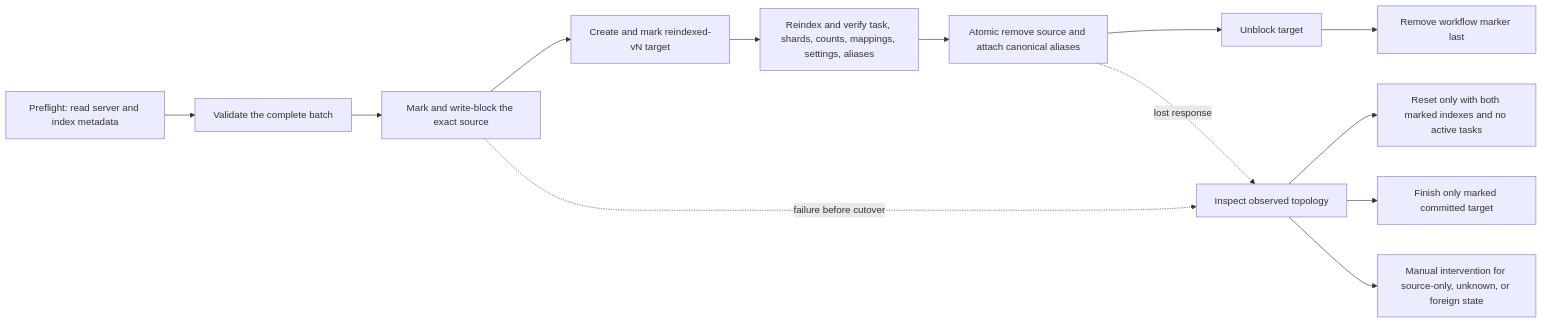
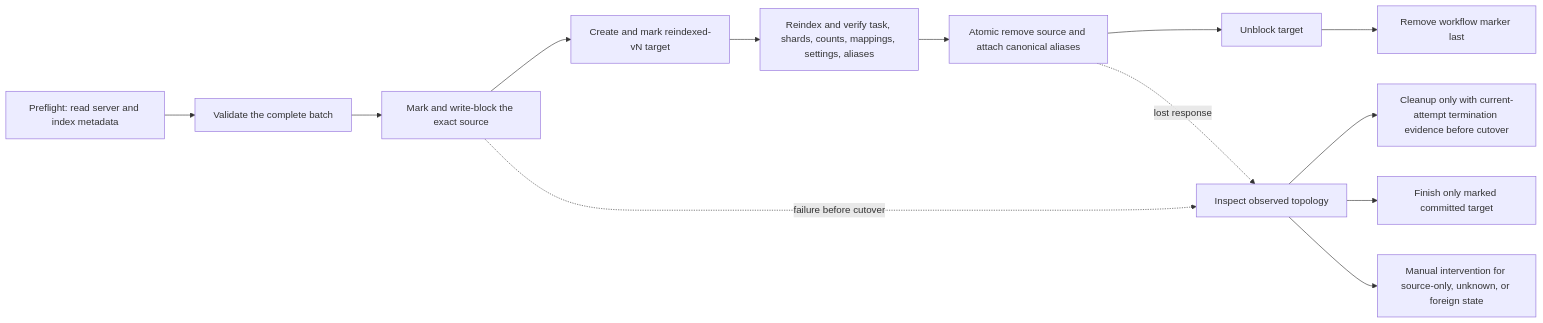
One commit to FoundatioFx/Foundatio.Repositories changed the seventh of 7 diagrams in docs/guide/index-management.md. Above: the diagram before and after it, drawn with Mermaid. The commit also changed other lines of this file and 17 other files, not shown here.

````diff
--- a/docs/guide/index-management.md
+++ b/docs/guide/index-management.md
@@ -1172,15 +1172,15 @@
 ```mermaid
 flowchart LR
     A[Preflight: read server and index metadata] --> B[Validate the complete batch]
     B --> C[Mark and write-block the exact source]
     C --> D[Create and mark reindexed-vN target]
     D --> E[Reindex and verify task, shards, counts, mappings, settings, aliases]
     E --> F[Atomic remove source and attach canonical aliases]
     F --> G[Unblock target]
     G --> H[Remove workflow marker last]
     C -. failure before cutover .-> I[Inspect observed topology]
     F -. lost response .-> I[Inspect observed topology]
-    I --> R[Reset only with both marked indexes and no active tasks]
+    I --> R[Cleanup only with current-attempt termination evidence before cutover]
     I --> J[Finish only marked committed target]
     I --> K[Manual intervention for source-only, unknown, or foreign state]
 ```
````
